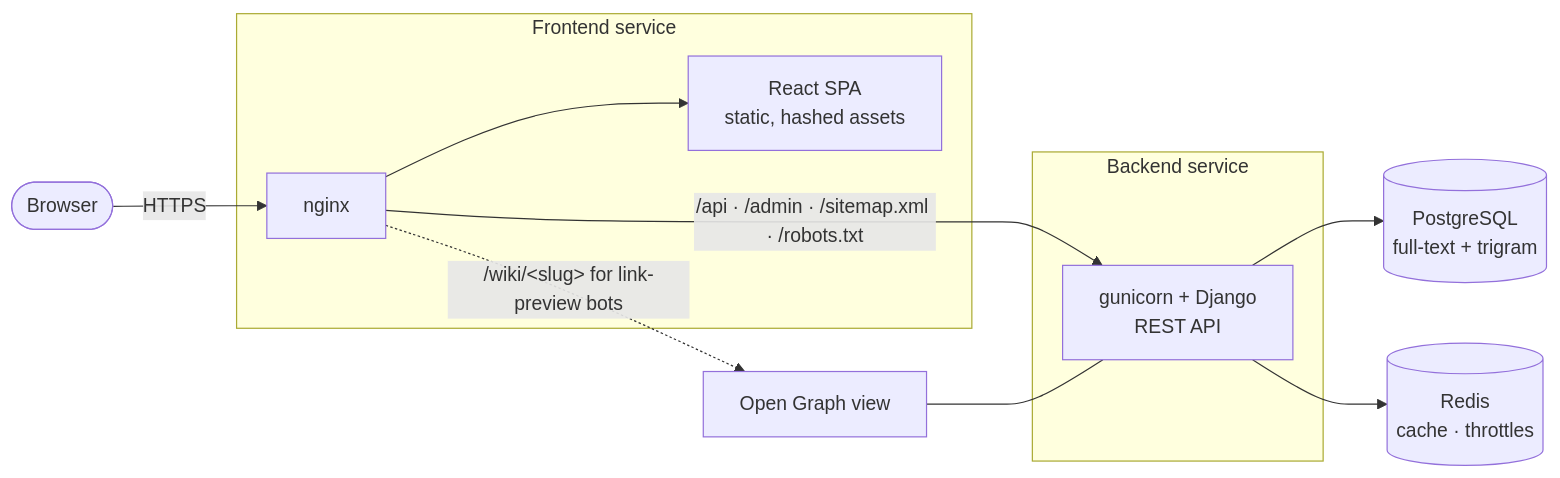
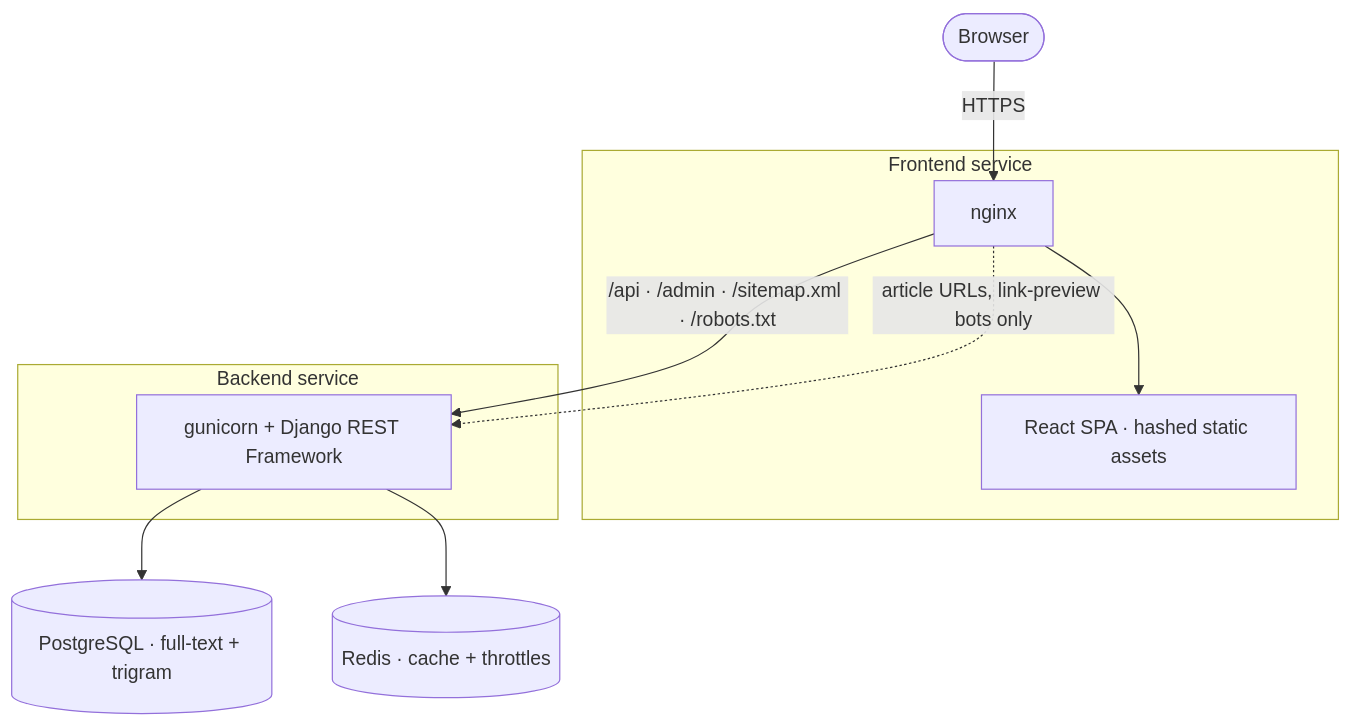
One commit to JonasJavier/wikiverse changed the diagram in README.md. Above: the diagram before and after it, drawn with Mermaid. The commit also changed 2 other files, not shown here.

Commit message:
docs: vertical architecture diagram; stop tracking local .claude config

````diff
--- a/README.md
+++ b/README.md
@@ -175,20 +175,18 @@
 ```mermaid
-flowchart LR
-    B([Browser]) -->|HTTPS| N
+flowchart TB
+    B([Browser]) -- HTTPS --> N
 
-    subgraph FE[Frontend service]
-        N[nginx]
-        SPA[React SPA<br/>static, hashed assets]
-        N --> SPA
+    subgraph FE [Frontend service]
+        N[nginx] --> SPA[React SPA · hashed static assets]
     end
 
-    subgraph BE[Backend service]
-        G[gunicorn + Django<br/>REST API]
+    N -- "/api · /admin · /sitemap.xml · /robots.txt" --> G
+    N -. "article URLs, link-preview bots only" .-> G
+
+    subgraph BE [Backend service]
+        G[gunicorn + Django REST Framework]
     end
 
-    N -->|/api · /admin · /sitemap.xml · /robots.txt| G
-    N -.->|/wiki/&lt;slug&gt; for link-preview bots| OG[Open Graph view]
-    OG --- G
-    G --> PG[(PostgreSQL<br/>full-text + trigram)]
-    G --> R[(Redis<br/>cache · throttles)]
+    G --> PG[(PostgreSQL · full-text + trigram)]
+    G --> R[(Redis · cache + throttles)]
 ```
````
